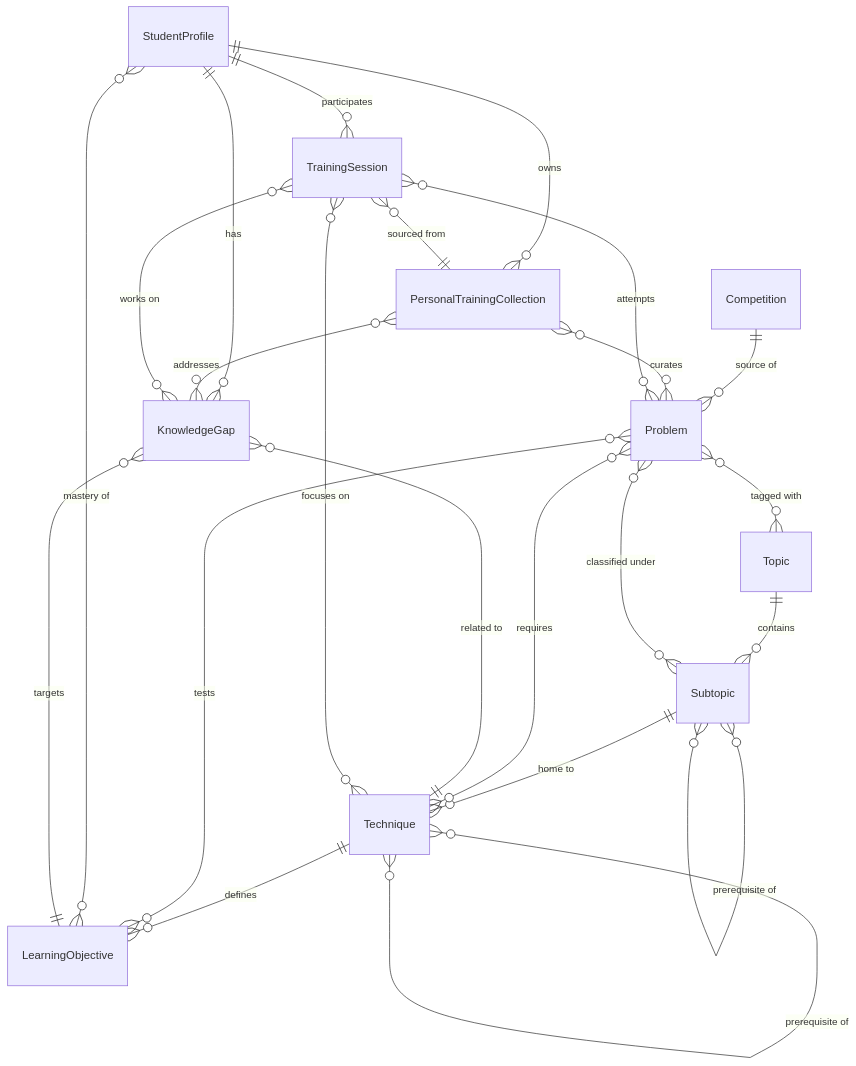
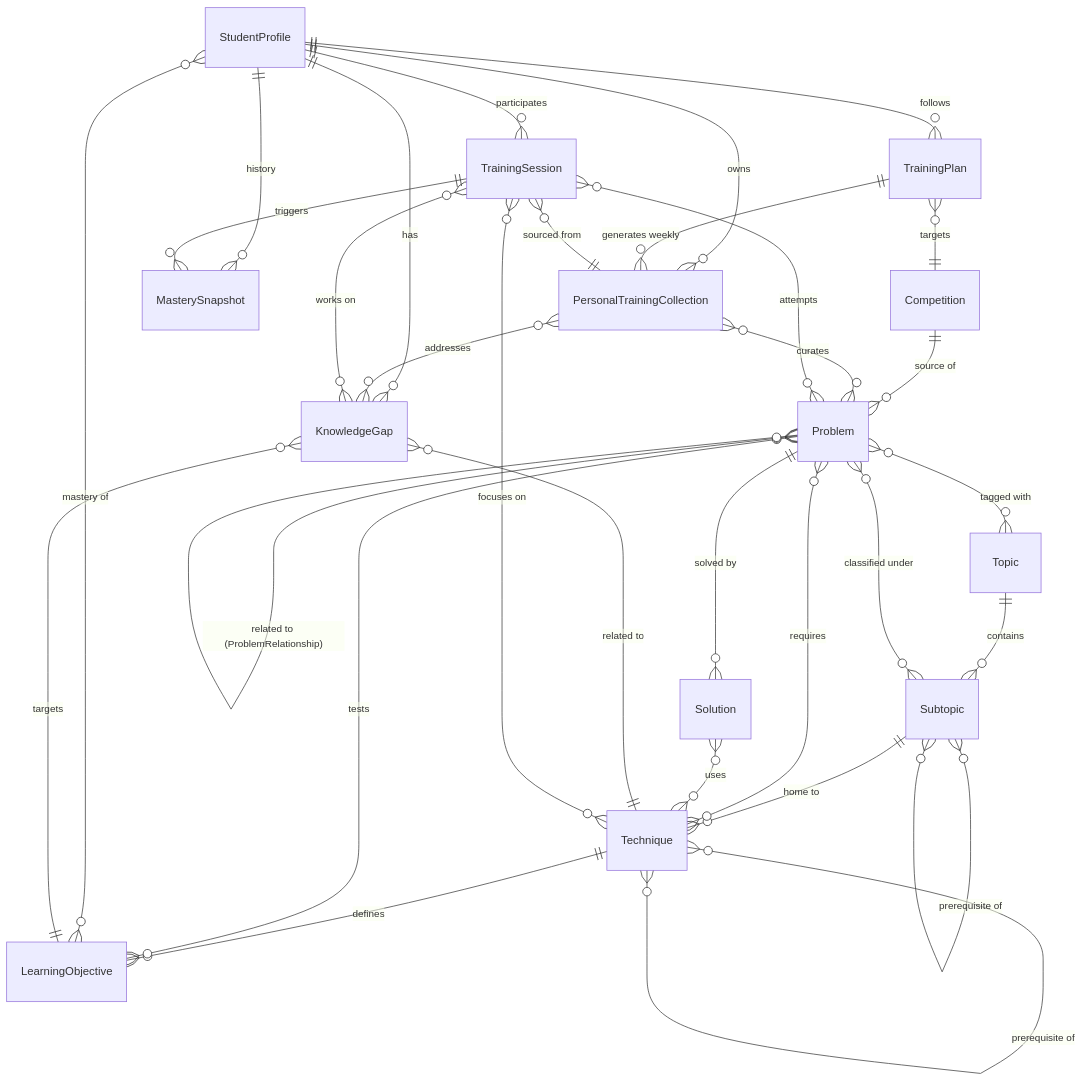
Before and after one commit to JEglez/MathPilot-Olympiad-training: the diagram in docs/domain-model.md, drawn with Mermaid. The commit also changed other lines of this file, not shown here.

````diff
--- a/docs/domain-model.md
+++ b/docs/domain-model.md
@@ -529,30 +787,38 @@
 ```mermaid
 erDiagram
     Topic ||--o{ Subtopic : contains
     Subtopic ||--o{ Technique : "home to"
     Technique ||--o{ LearningObjective : defines
     Technique }o--o{ Technique : "prerequisite of"
     Subtopic }o--o{ Subtopic : "prerequisite of"
 
     Competition ||--o{ Problem : "source of"
+    Problem ||--o{ Solution : "solved by"
     Problem }o--o{ Topic : "tagged with"
     Problem }o--o{ Subtopic : "classified under"
     Problem }o--o{ Technique : "requires"
     Problem }o--o{ LearningObjective : "tests"
+    Problem }o--o{ Problem : "related to (ProblemRelationship)"
+    Solution }o--o{ Technique : "uses"
 
     StudentProfile ||--o{ KnowledgeGap : has
     StudentProfile }o--o{ LearningObjective : "mastery of"
+    StudentProfile ||--o{ MasterySnapshot : "history"
     StudentProfile ||--o{ PersonalTrainingCollection : owns
     StudentProfile ||--o{ TrainingSession : participates
+    StudentProfile ||--o{ TrainingPlan : follows
 
     KnowledgeGap }o--|| LearningObjective : targets
     KnowledgeGap }o--|| Technique : "related to"
 
+    TrainingPlan ||--o{ PersonalTrainingCollection : "generates weekly"
+    TrainingPlan }o--|| Competition : "targets"
     PersonalTrainingCollection }o--o{ Problem : curates
     PersonalTrainingCollection }o--o{ KnowledgeGap : addresses
 
     TrainingSession }o--o{ Problem : "attempts"
     TrainingSession }o--o{ Technique : "focuses on"
     TrainingSession }o--o{ KnowledgeGap : "works on"
     TrainingSession }o--|| PersonalTrainingCollection : "sourced from"
+    TrainingSession ||--o{ MasterySnapshot : "triggers"
 ```
````
